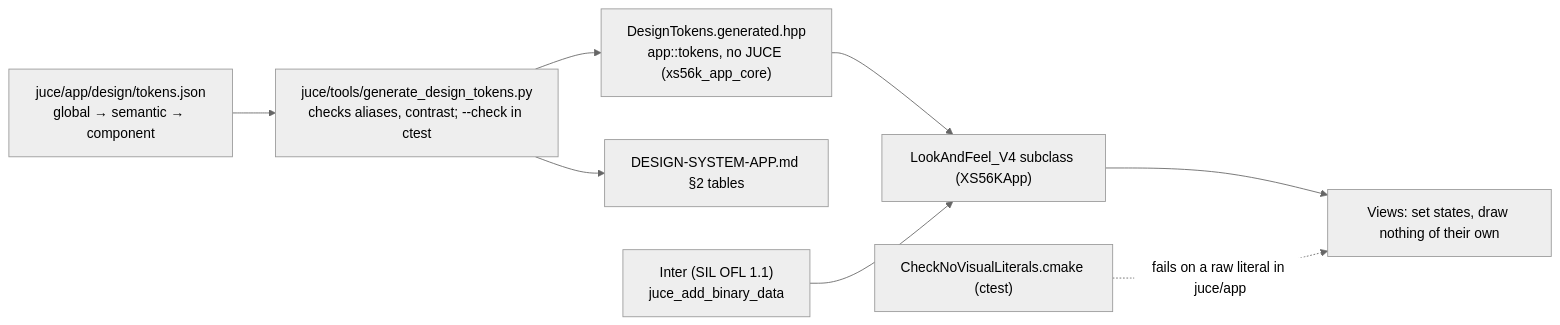
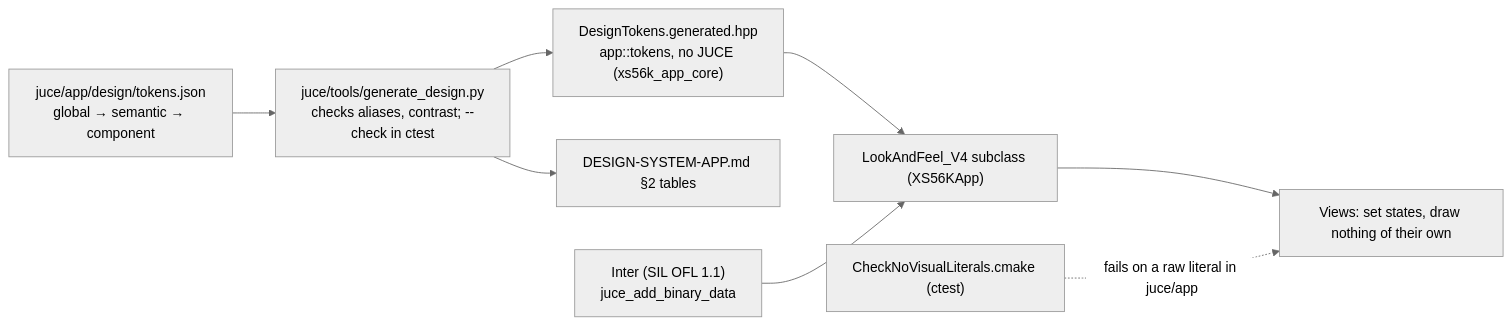
One commit to xplorer2716/XS56K changed the diagram in process/2.architecture/ADR-APP-002-design-system.md. Above: the diagram before and after it, drawn with Mermaid (neutral theme). The commit also changed other lines of this file and 5 other files, not shown here.

````diff
--- a/process/2.architecture/ADR-APP-002-design-system.md
+++ b/process/2.architecture/ADR-APP-002-design-system.md
@@ -92,18 +94,18 @@
 ```mermaid
 flowchart LR
     TF["juce/app/design/tokens.json<br/>global → semantic → component"]
-    GEN["juce/tools/generate_design_tokens.py<br/>checks aliases, contrast; --check in ctest"]
+    GEN["juce/tools/generate_design.py<br/>checks aliases, contrast; --check in ctest"]
     HDR["DesignTokens.generated.hpp<br/>app::tokens, no JUCE (xs56k_app_core)"]
     DOC["DESIGN-SYSTEM-APP.md §2 tables"]
     LF["LookAndFeel_V4 subclass (XS56KApp)"]
     FONT["Inter (SIL OFL 1.1)<br/>juce_add_binary_data"]
     V["Views: set states, draw nothing of their own"]
     CHK["CheckNoVisualLiterals.cmake (ctest)"]
     TF --> GEN
     GEN --> HDR
     GEN --> DOC
     HDR --> LF
     FONT --> LF
     LF --> V
     CHK -. "fails on a raw literal in juce/app" .-> V
 ```
````
